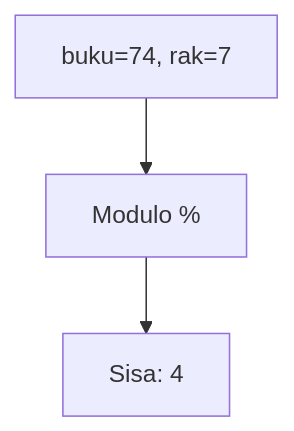
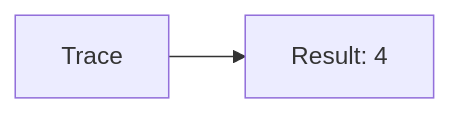
The tenth of 25 diagrams in part-c-pemahaman-cpp/01-tipe-data/latihan/set-12.md (amnahwaida/OSNK_INF_PREP), drawn with Mermaid before and after one commit. The commit also changed other lines of this file and 71 other files, not shown here.

````diff
--- a/part-c-pemahaman-cpp/01-tipe-data/latihan/set-12.md
+++ b/part-c-pemahaman-cpp/01-tipe-data/latihan/set-12.md
@@ -278,5 +211,4 @@
 ```mermaid
-graph TD
-A["buku=74, rak=7"] --> B["Modulo %"]
-B --> C["Sisa: 4"]
+graph LR
+A[Trace] --> B[Result: 4]
 ```
````
